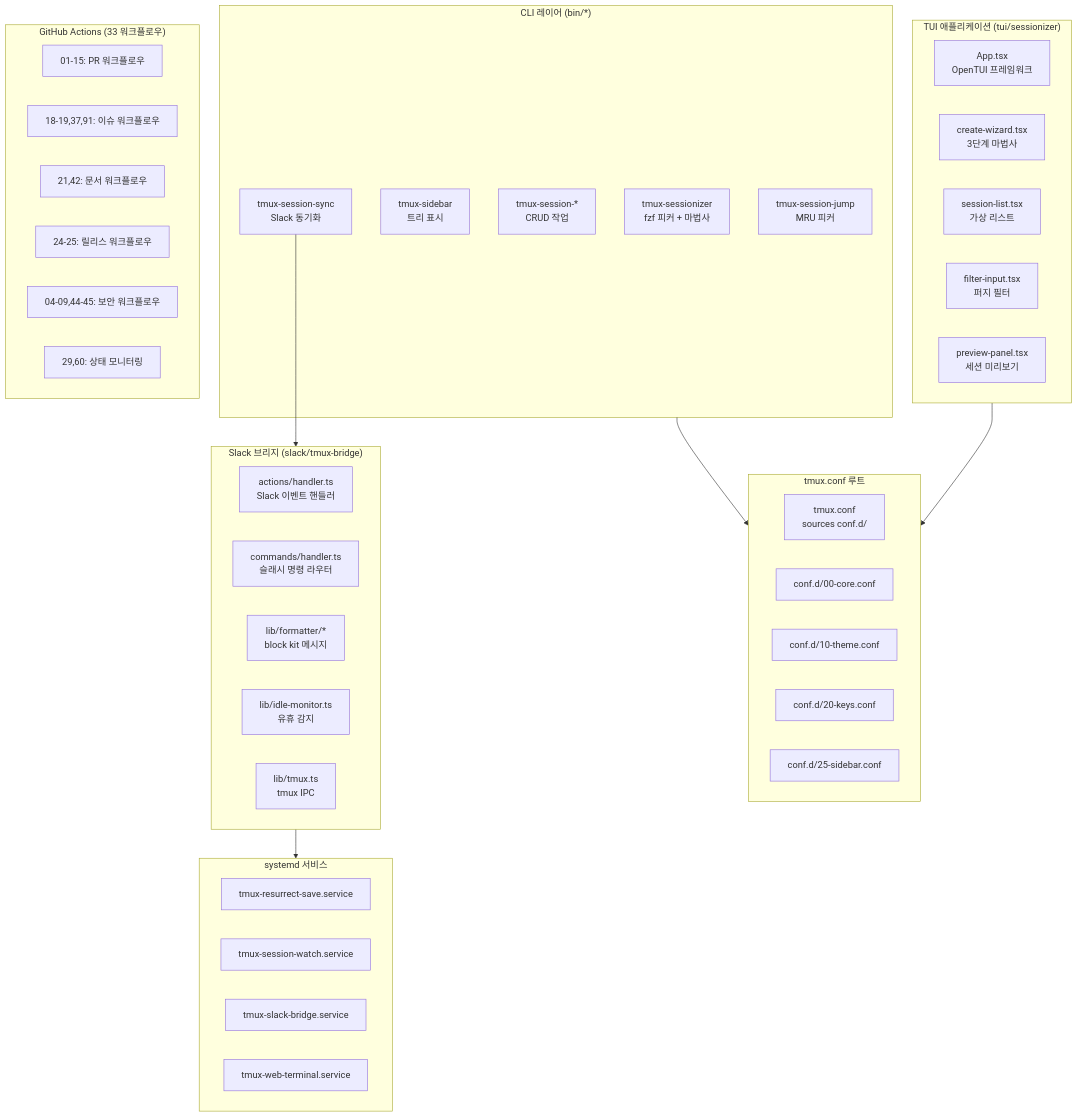
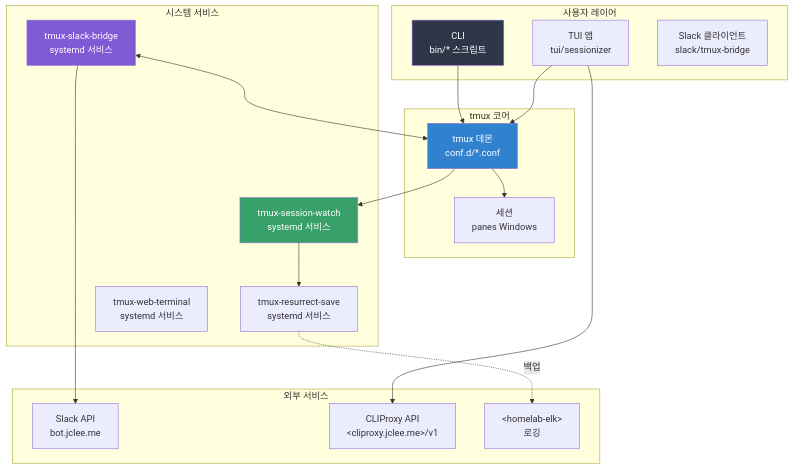
Before and after one commit to jclee941/tmux: the second of 2 diagrams in README.md, drawn with Mermaid. The commit also changed other lines of this file, not shown here.

````diff
--- a/README.md
+++ b/README.md
@@ -553,55 +584,41 @@
 ```mermaid
 flowchart TB
-    subgraph CLI["CLI 레이어 (bin/*)"]
-        SESSIONIZER["tmux-sessionizer<br/>fzf 피커 + 마법사"]
-        SIDEBAR["tmux-sidebar<br/>트리 표시"]
-        SESSION["tmux-session-*<br/>CRUD 작업"]
-        SYNC["tmux-session-sync<br/>Slack 동기화"]
-        JUMP["tmux-session-jump<br/>MRU 피커"]
+    subgraph "사용자 레이어"
+        CLI["CLI<br/>bin/* 스크립트"]
+        TUI["TUI 앱<br/>tui/sessionizer"]
+        Slack["Slack 클라이언트<br/>slack/tmux-bridge"]
     end
 
-    subgraph CONFIG["tmux.conf 루트"]
-        ROOT["tmux.conf<br/>sources conf.d/"]
-        CORE["conf.d/00-core.conf"]
-        THEME["conf.d/10-theme.conf"]
-        KEYS["conf.d/20-keys.conf"]
-        SIDEBAR_CONF["conf.d/25-sidebar.conf"]
+    subgraph "tmux 코어"
+        TMUX["tmux 데몬<br/>conf.d/*.conf"]
+        SESSIONS["세션<br/> panes Windows"]
     end
 
-    subgraph TUI["TUI 애플리케이션 (tui/sessionizer)"]
-        APP["App.tsx<br/>OpenTUI 프레임워크"]
-        WIZARD["create-wizard.tsx<br/>3단계 마법사"]
-        LIST["session-list.tsx<br/>가상 리스트"]
-        FILTER["filter-input.tsx<br/>퍼지 필터"]
-        PREVIEW["preview-panel.tsx<br/>세션 미리보기"]
+    subgraph "시스템 서비스"
+        WATCH["tmux-session-watch<br/>systemd 서비스"]
+        RESURRECT["tmux-resurrect-save<br/>systemd 서비스"]
+        BRIDGE["tmux-slack-bridge<br/>systemd 서비스"]
+        WEBTERM["tmux-web-terminal<br/>systemd 서비스"]
     end
 
-    subgraph SLACK["Slack 브리지 (slack/tmux-bridge)"]
-        HANDLER["actions/handler.ts<br/>Slack 이벤트 핸들러"]
-        COMMANDS["commands/handler.ts<br/>슬래시 명령 라우터"]
-        FORMATTER["lib/formatter/*<br/>block kit 메시지"]
-        IDLE["lib/idle-monitor.ts<br/>유휴 감지"]
-        TMUX["lib/tmux.ts<br/>tmux IPC"]
+    subgraph "외부 서비스"
+        SLACK["Slack API<br/>bot.jclee.me"]
+        PROXY["CLIProxy API<br/>&lt;cliproxy.jclee.me&gt;/v1"]
+        ELK["&lt;homelab-elk&gt;<br/>로깅"]
     end
 
-    subgraph SERVICES["systemd 서비스"]
-        RESURRECT["tmux-resurrect-save.service"]
-        WATCH["tmux-session-watch.service"]
-        SLACK_SVC["tmux-slack-bridge.service"]
-        WEB["tmux-web-terminal.service"]
-    end
+    CLI --> TMUX
+    TUI --> TMUX
+    TMUX --> SESSIONS
+    TMUX --> WATCH
+    WATCH --> RESURRECT
+    RESURRECT -.백업.-> ELK
+    BRIDGE --> SLACK
+    BRIDGE <--> TMUX
+    TUI --> PROXY
 
-    subgraph AUTOMATION["GitHub Actions (33 워크플로우)"]
-        PR["01-15: PR 워크플로우"]
-        ISSUES["18-19,37,91: 이슈 워크플로우"]
-        DOCS["21,42: 문서 워크플로우"]
-        RELEASE["24-25: 릴리스 워크플로우"]
-        SECURITY["04-09,44-45: 보안 워크플로우"]
-        HEALTH["29,60: 상태 모니터링"]
-    end
-
-    CLI --> CONFIG
-    TUI --> CONFIG
-    SLACK --> SERVICES
-    SYNC --> SLACK
+    style CLI fill:#2d3748,color:#fff
+    style TMUX fill:#3182ce,color:#fff
+    style WATCH fill:#38a169,color:#fff
+    style BRIDGE fill:#805ad5,color:#fff
 ```
````
